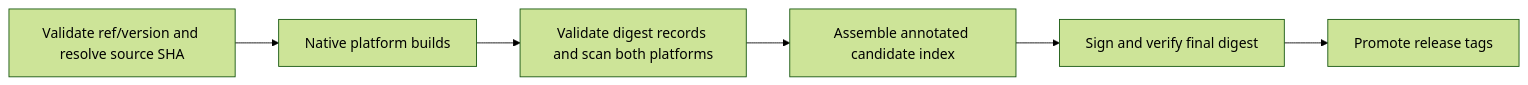
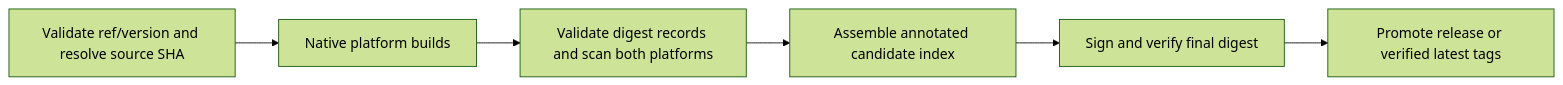
The diagram in README.md (budget-buddy-org/budget-buddy-workflows), drawn with Mermaid (forest theme) before and after one commit. The commit also changed other lines of this file and 9 other files, not shown here.

First line of the commit message:
feat(images): promote verified images from default-branch pushes (#23)

````diff
--- a/README.md
+++ b/README.md
@@ -54,8 +54,8 @@
 ```mermaid
 flowchart LR
   A[Validate ref/version and resolve source SHA] --> B[Native platform builds]
   B --> C[Validate digest records and scan both platforms]
   C --> D[Assemble annotated candidate index]
   D --> E[Sign and verify final digest]
-  E --> F[Promote release tags]
+  E --> F[Promote release or verified latest tags]
 ```
````
